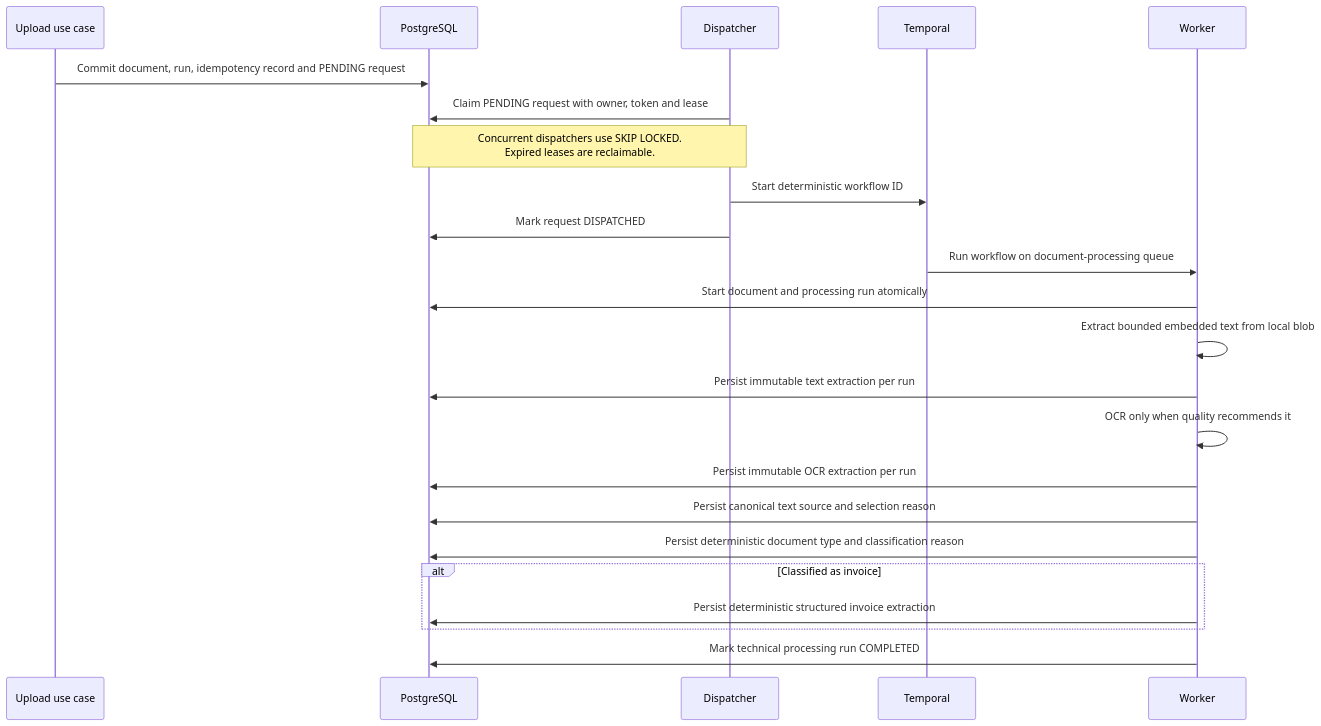
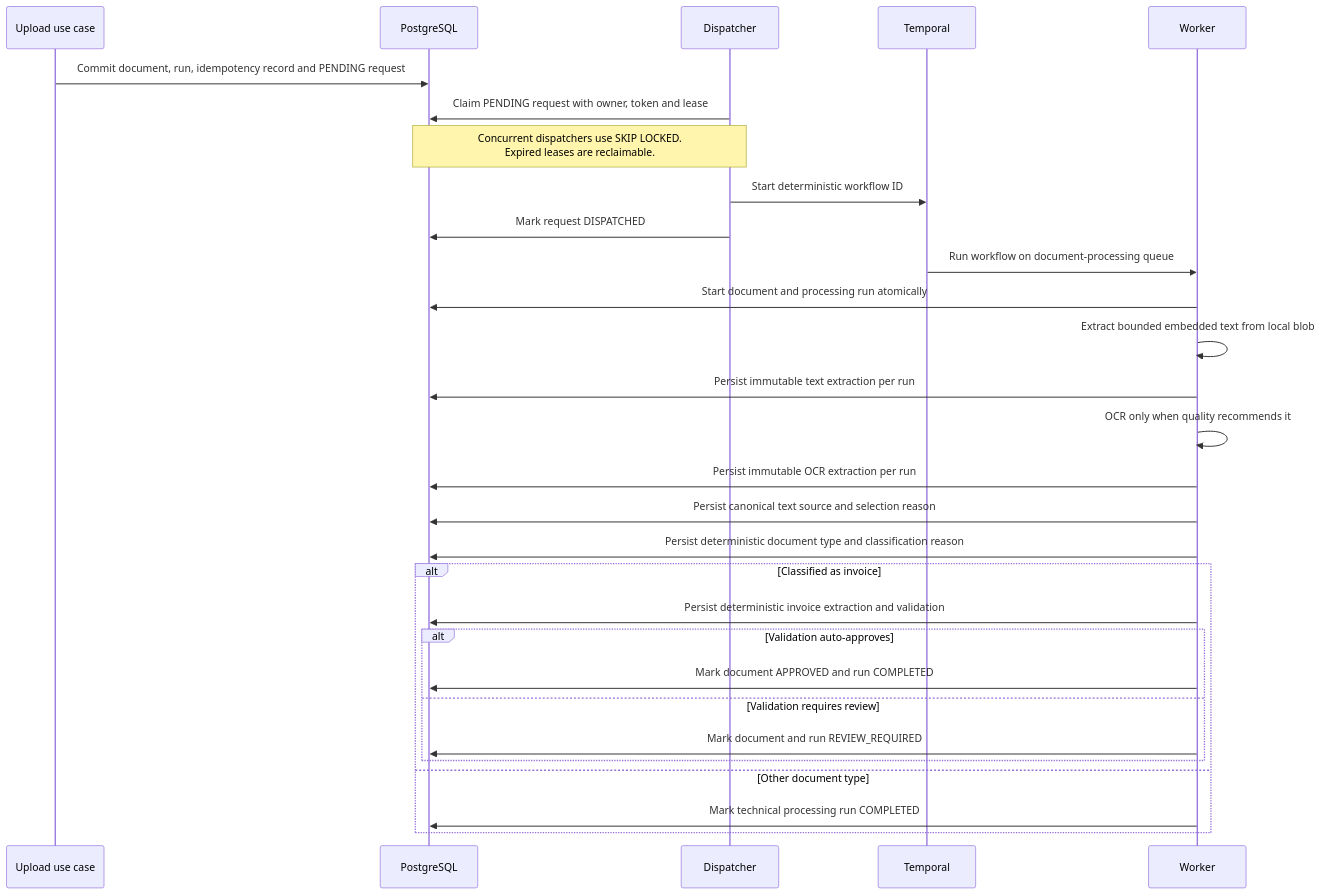
One commit to PietroRussoD/ai-document-processing-platform changed the third of 11 diagrams in docs/architecture.md. Above: the diagram before and after it, drawn with Mermaid. The commit also changed other lines of this file and 2 other files, not shown here.

Commit message:
📝 Document v0.2 processing flow

````diff
--- a/docs/architecture.md
+++ b/docs/architecture.md
@@ -71,26 +71,32 @@
 ```mermaid
 sequenceDiagram
     participant API as Upload use case
     participant DB as PostgreSQL
     participant Dispatcher
     participant Temporal
     participant Worker
 
     API->>DB: Commit document, run, idempotency record and PENDING request
     Dispatcher->>DB: Claim PENDING request with owner, token and lease
     Note over Dispatcher,DB: Concurrent dispatchers use SKIP LOCKED.<br/>Expired leases are reclaimable.
     Dispatcher->>Temporal: Start deterministic workflow ID
     Dispatcher->>DB: Mark request DISPATCHED
     Temporal->>Worker: Run workflow on document-processing queue
     Worker->>DB: Start document and processing run atomically
     Worker->>Worker: Extract bounded embedded text from local blob
     Worker->>DB: Persist immutable text extraction per run
     Worker->>Worker: OCR only when quality recommends it
     Worker->>DB: Persist immutable OCR extraction per run
     Worker->>DB: Persist canonical text source and selection reason
     Worker->>DB: Persist deterministic document type and classification reason
     alt Classified as invoice
-        Worker->>DB: Persist deterministic structured invoice extraction
+        Worker->>DB: Persist deterministic invoice extraction and validation
+        alt Validation auto-approves
+            Worker->>DB: Mark document APPROVED and run COMPLETED
+        else Validation requires review
+            Worker->>DB: Mark document and run REVIEW_REQUIRED
+        end
+    else Other document type
+        Worker->>DB: Mark technical processing run COMPLETED
     end
-    Worker->>DB: Mark technical processing run COMPLETED
 ```
````
